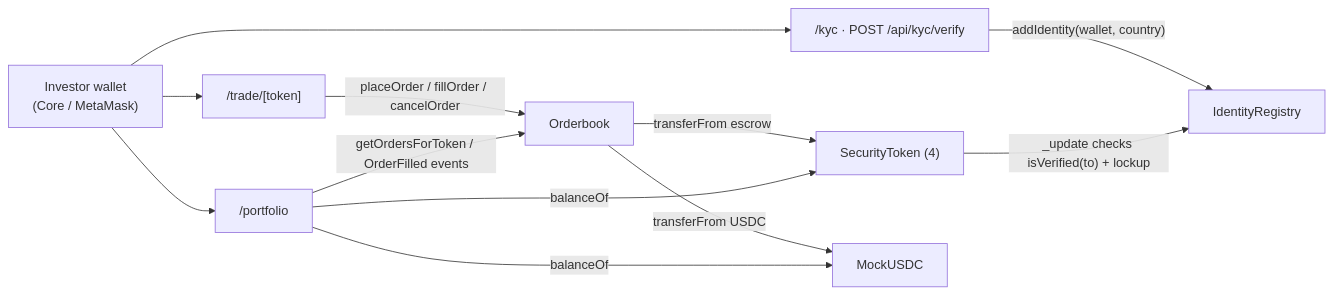
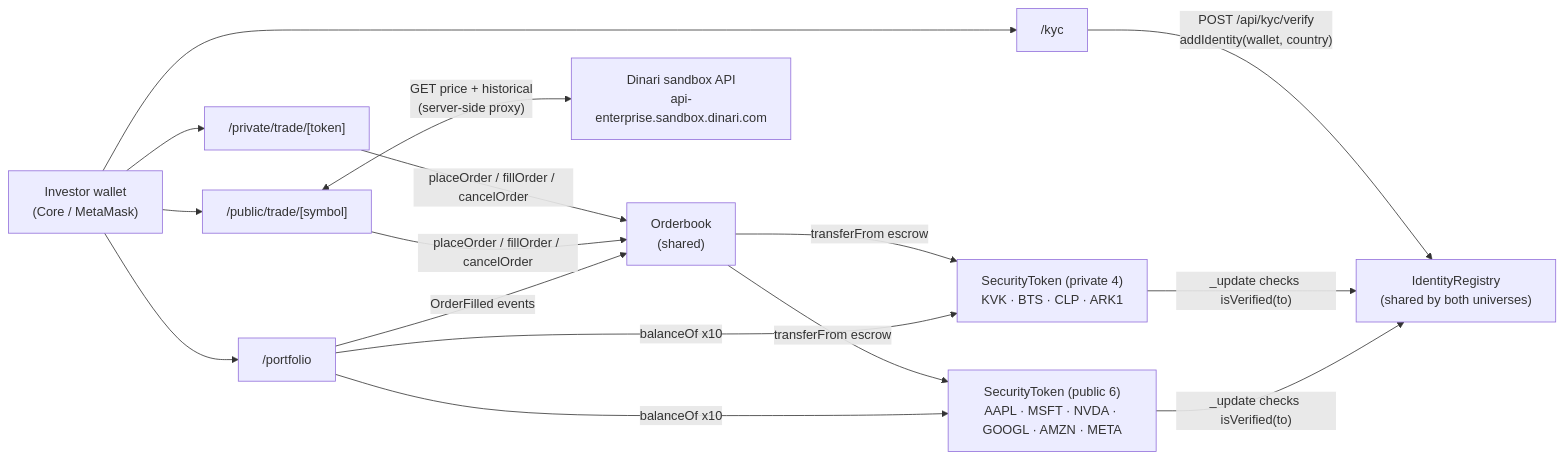
The diagram in README.md (odiseo159-beep/Tessera-Avax), drawn with Mermaid before and after one commit. The commit also changed other lines of this file and 2 other files, not shown here.

````diff
--- a/README.md
+++ b/README.md
@@ -63,17 +98,21 @@
 ```mermaid
 flowchart LR
-  user["Investor wallet<br/>(Core / MetaMask)"] --> kyc["/kyc · POST /api/kyc/verify"]
-  kyc -->|"addIdentity(wallet, country)"| reg["IdentityRegistry"]
+  user["Investor wallet<br/>(Core / MetaMask)"] --> kyc["/kyc"]
+  kyc -->|"POST /api/kyc/verify<br/>addIdentity(wallet, country)"| reg["IdentityRegistry<br/>(shared by both universes)"]
 
-  user --> trade["/trade/[token]"]
-  trade -->|"placeOrder / fillOrder / cancelOrder"| ob["Orderbook"]
+  user --> priv["/private/trade/[token]"]
+  priv -->|"placeOrder / fillOrder / cancelOrder"| ob["Orderbook<br/>(shared)"]
+  ob -->|"transferFrom escrow"| st_priv["SecurityToken (private 4)<br/>KVK · BTS · CLP · ARK1"]
 
-  ob -->|"transferFrom escrow"| st["SecurityToken (4)"]
-  st -->|"_update checks isVerified(to) + lockup"| reg
-  ob -->|"transferFrom USDC"| usdc["MockUSDC"]
+  user --> pub["/public/trade/[symbol]"]
+  pub -->|"placeOrder / fillOrder / cancelOrder"| ob
+  ob -->|"transferFrom escrow"| st_pub["SecurityToken (public 6)<br/>AAPL · MSFT · NVDA · GOOGL · AMZN · META"]
+  pub <-->|"GET price + historical<br/>(server-side proxy)"| dinari["Dinari sandbox API<br/>api-enterprise.sandbox.dinari.com"]
+
+  st_priv -->|"_update checks isVerified(to)"| reg
+  st_pub  -->|"_update checks isVerified(to)"| reg
 
   user --> port["/portfolio"]
-  port -->|"balanceOf"| st
-  port -->|"balanceOf"| usdc
-  port -->|"getOrdersForToken / OrderFilled events"| ob
+  port -->|"balanceOf x10"| st_priv & st_pub
+  port -->|"OrderFilled events"| ob
 ```
````
